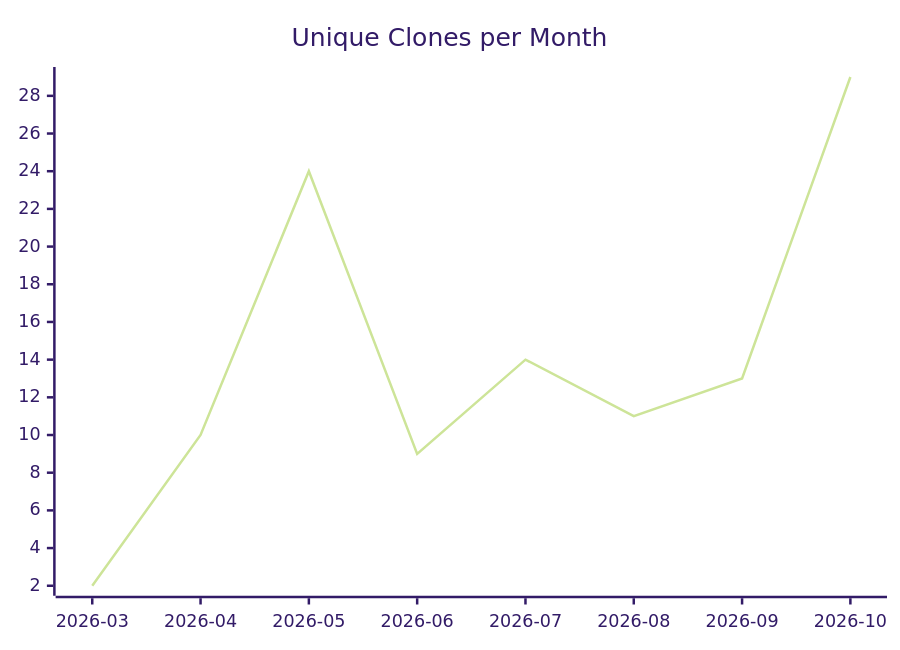
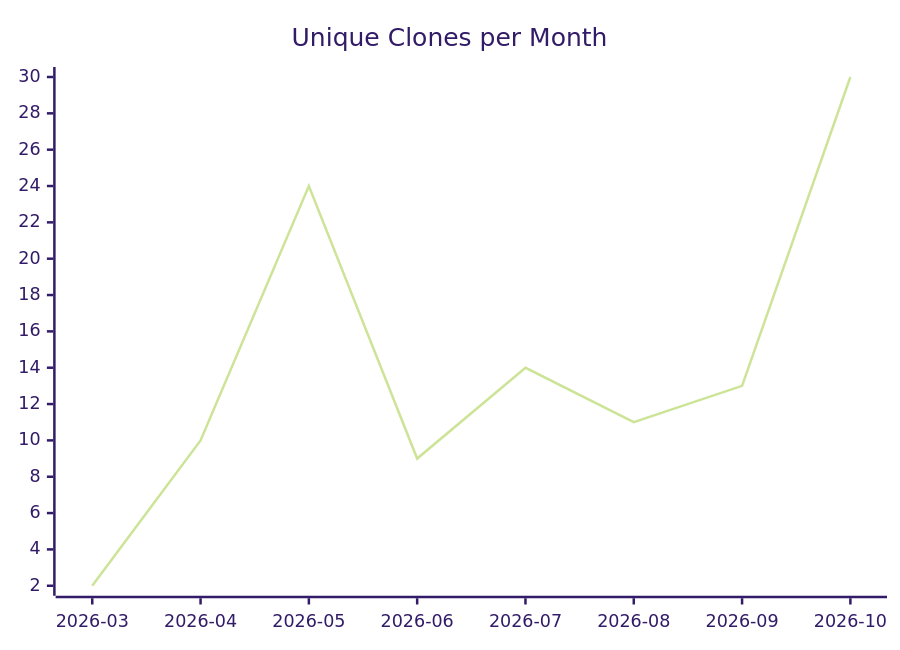
The third of 3 diagrams in karlmdavis/xmlpull/README.md (justdavis-family/github-analytics-data), drawn with Mermaid (forest theme) before and after one commit. The commit also changed other lines of this file and 200 other files, not shown here.

````diff
--- a/karlmdavis/xmlpull/README.md
+++ b/karlmdavis/xmlpull/README.md
@@ -19,6 +19,6 @@
 ```mermaid
 xychart-beta
   title "Unique Clones per Month"
   x-axis ["2026-03", "2026-04", "2026-05", "2026-06", "2026-07", "2026-08", "2026-09", "2026-10"]
-  line [2, 10, 24, 9, 14, 11, 13, 29]
+  line [2, 10, 24, 9, 14, 11, 13, 30]
 ```
````
